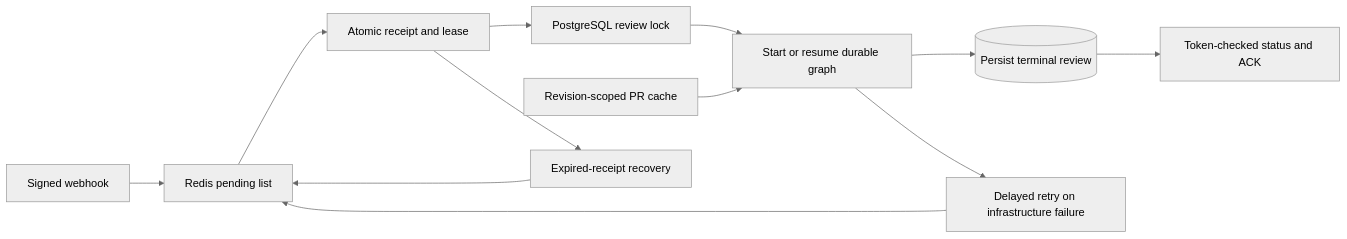
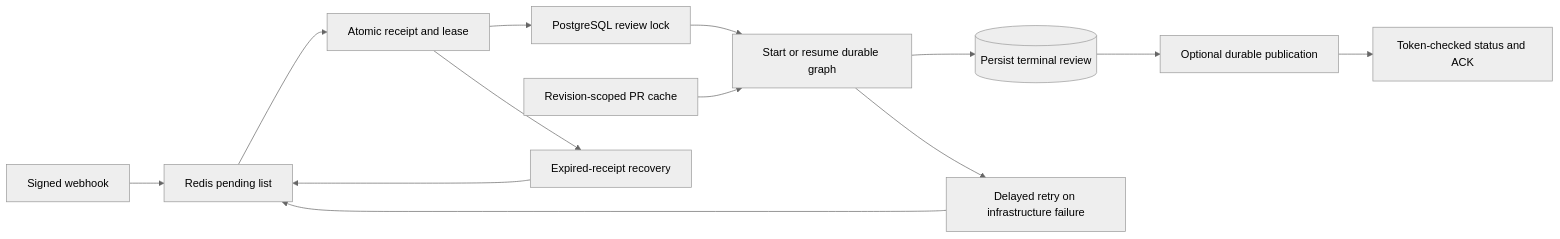
One commit to vish-dumps/AI-pull-request-Agent changed the diagram in docs/WORKER.md. Above: the diagram before and after it, drawn with Mermaid (neutral theme). The commit also changed other lines of this file and 44 other files, not shown here.

````diff
--- a/docs/WORKER.md
+++ b/docs/WORKER.md
@@ -8,14 +9,15 @@
 ```mermaid
 flowchart LR
     Webhook[Signed webhook] --> Pending[Redis pending list]
     Pending --> Claim[Atomic receipt and lease]
     Claim --> Lock[PostgreSQL review lock]
     Lock --> Graph[Start or resume durable graph]
     Cache[Revision-scoped PR cache] --> Graph
     Graph --> DB[(Persist terminal review)]
-    DB --> Ack[Token-checked status and ACK]
+    DB --> Publish[Optional durable publication]
+    Publish --> Ack[Token-checked status and ACK]
     Graph --> Retry[Delayed retry on infrastructure failure]
     Retry --> Pending
     Claim --> Recover[Expired-receipt recovery]
     Recover --> Pending
 ```
````
